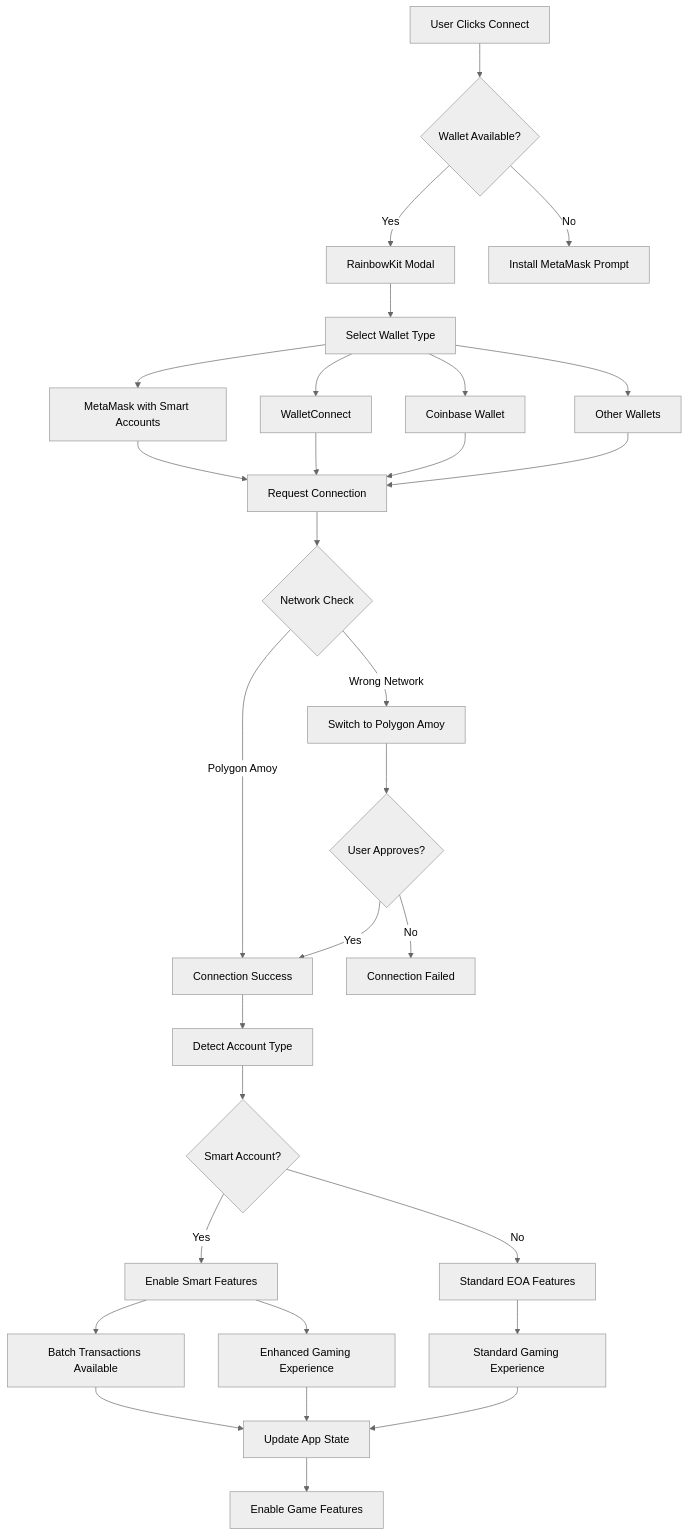
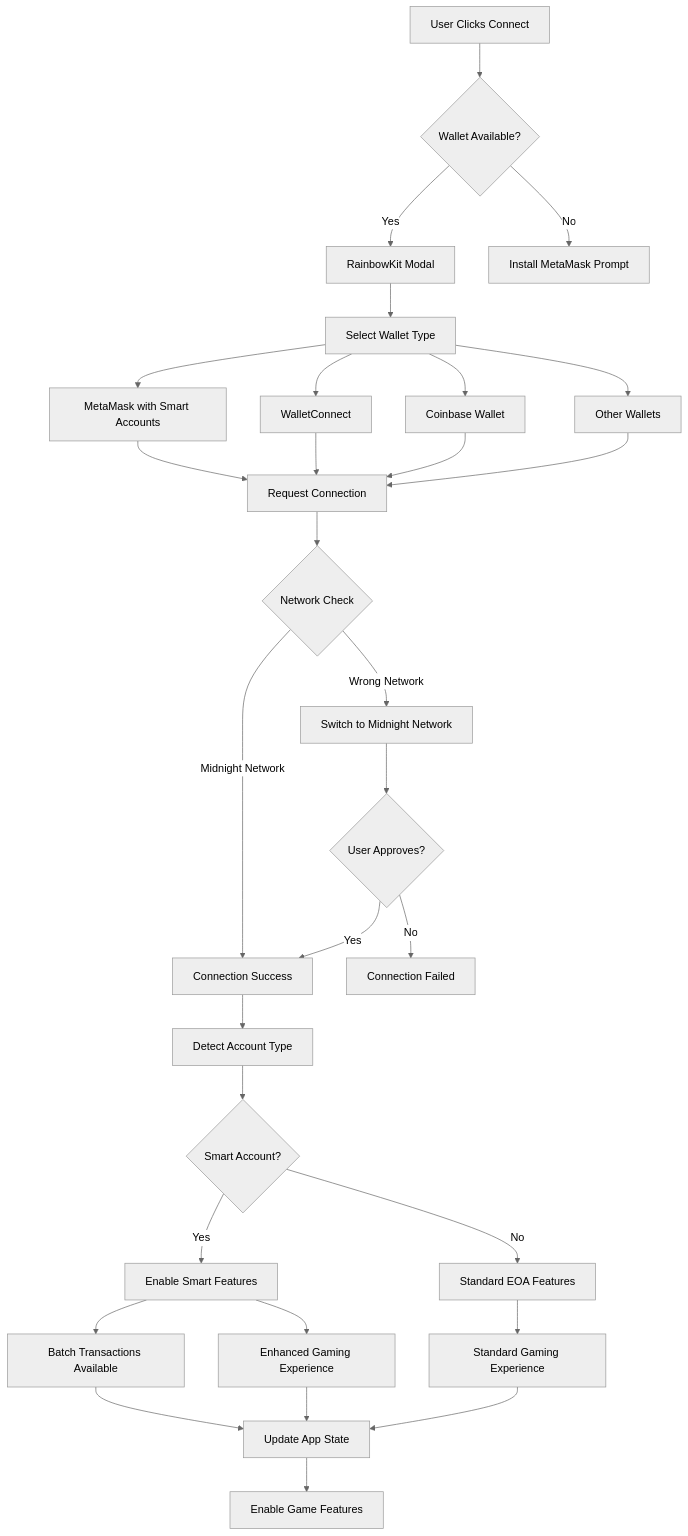
Before and after one commit to AmaanSayyad/Midnight-Casino: the first of 6 diagrams in README.md, drawn with Mermaid (neutral theme). The commit also changed other lines of this file and 2 other files, not shown here.

Commit message:
rebrand(midnight): establish baseline identity and theme scaffolding

````diff
--- a/README.md
+++ b/README.md
@@ -138,39 +138,39 @@
 ```mermaid
 flowchart TD
     A[User Clicks Connect] --> B{Wallet Available?}
     B -->|Yes| C[RainbowKit Modal]
     B -->|No| D[Install MetaMask Prompt]
     
     C --> E[Select Wallet Type]
     E --> F[MetaMask with Smart Accounts]
     E --> G[WalletConnect]
     E --> H[Coinbase Wallet]
     E --> I[Other Wallets]
     
     F --> K[Request Connection]
     G --> K
     H --> K
     I --> K
     
     K --> L{Network Check}
-    L -->|Polygon Amoy| M[Connection Success]
-    L -->|Wrong Network| N[Switch to Polygon Amoy]
+    L -->|Midnight Network| M[Connection Success]
+    L -->|Wrong Network| N[Switch to Midnight Network]
     
     N --> O{User Approves?}
     O -->|Yes| M
     O -->|No| P[Connection Failed]
     
     M --> Q[Detect Account Type]
     Q --> R{Smart Account?}
     R -->|Yes| S[Enable Smart Features]
     R -->|No| T[Standard EOA Features]
     
     S --> U[Batch Transactions Available]
     S --> V[Enhanced Gaming Experience]
     T --> W[Standard Gaming Experience]
     
     U --> X[Update App State]
     V --> X
     W --> X
     X --> Y[Enable Game Features]
 ```
````
